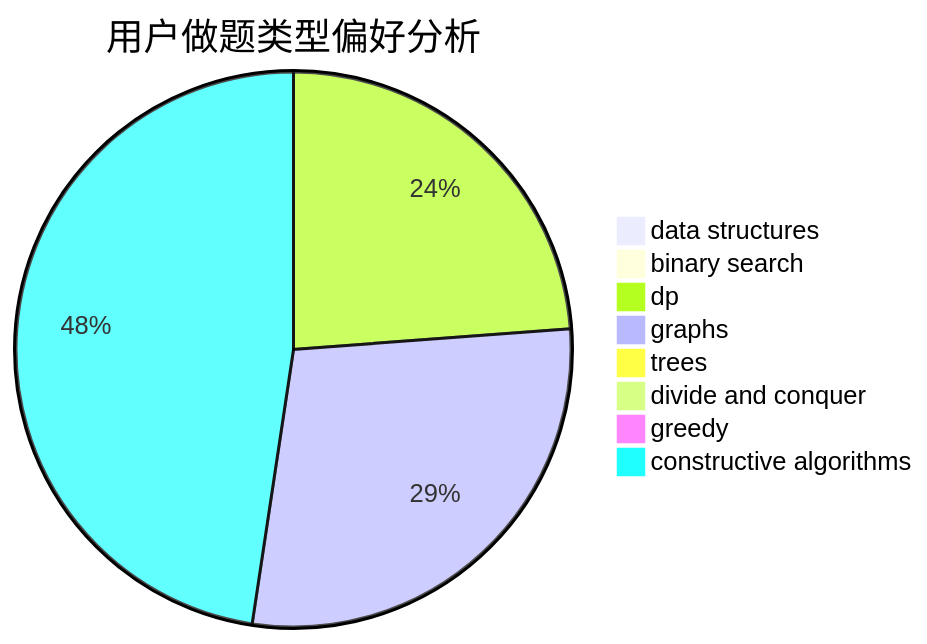
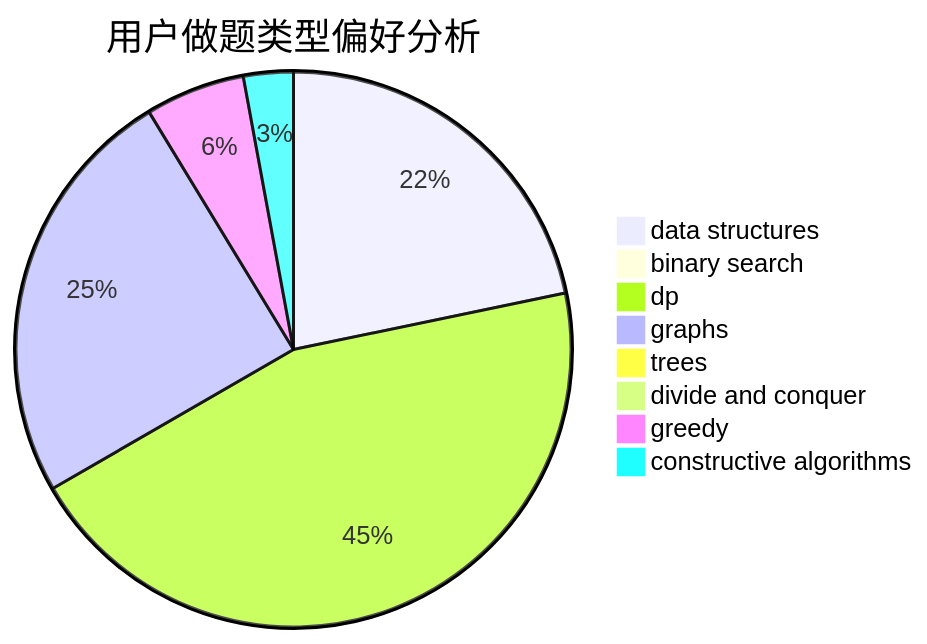
Before and after one commit to sherpahu/cfrs.github.io: the second of 3 diagrams in docs/user/u302.md, drawn with Mermaid. The commit also changed other lines of this file and 2770 other files, not shown here.

````diff
--- a/docs/user/u302.md
+++ b/docs/user/u302.md
@@ -23,11 +23,11 @@
 ```mermaid
 pie title 用户做题类型偏好分析
-    "data structures" :  0
+    "data structures" :  15
     "binary search" :  0
-    "dp" :  5
-    "graphs" :  6
+    "dp" :  31
+    "graphs" :  17
     "trees" :  0
     "divide and conquer" :  0
-    "greedy" :  0
-    "constructive algorithms" :  10
+    "greedy" :  4
+    "constructive algorithms" :  2
 ```
````
